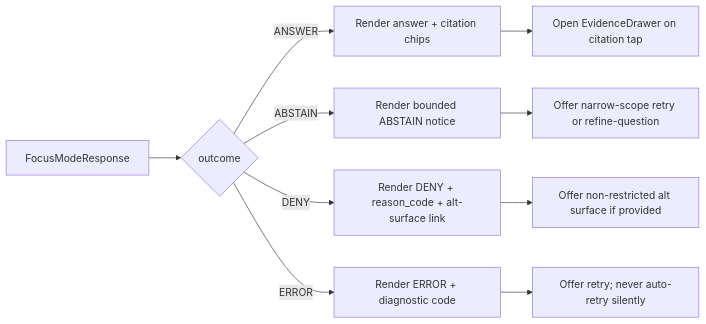
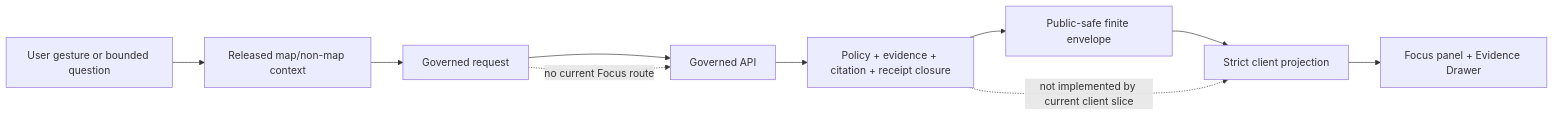
The second of 2 diagrams in docs/architecture/ui/FOCUS_FLOW.md (bartytime4life/Kansas-Frontier-Matrix), drawn with Mermaid before and after one commit. The commit also changed other lines of this file, not shown here.

Commit message:
docs(ui): ground Focus Flow in fixture-first boundary

````diff
--- a/docs/architecture/ui/FOCUS_FLOW.md
+++ b/docs/architecture/ui/FOCUS_FLOW.md
@@ -271,12 +329,15 @@
 ```mermaid
 flowchart LR
-    A[FocusModeResponse] --> B{outcome}
-    B -- ANSWER --> C[Render answer + citation chips]
-    B -- ABSTAIN --> D[Render bounded ABSTAIN notice]
-    B -- DENY --> E[Render DENY + reason_code + alt-surface link]
-    B -- ERROR --> F[Render ERROR + diagnostic code]
-    C --> G[Open EvidenceDrawer on citation tap]
-    D --> H[Offer narrow-scope retry or refine-question]
-    E --> I[Offer non-restricted alt surface if provided]
-    F --> J[Offer retry; never auto-retry silently]
+    U[User gesture or bounded question]
+    C[Released map/non-map context]
+    Q[Governed request]
+    API[Governed API]
+    PE[Policy + evidence + citation + receipt closure]
+    E[Public-safe finite envelope]
+    CP[Strict client projection]
+    UI[Focus panel + Evidence Drawer]
+
+    U --> C --> Q --> API --> PE --> E --> CP --> UI
+    Q -. "no current Focus route" .-> API
+    PE -. "not implemented by current client slice" .-> CP
 ```
````
